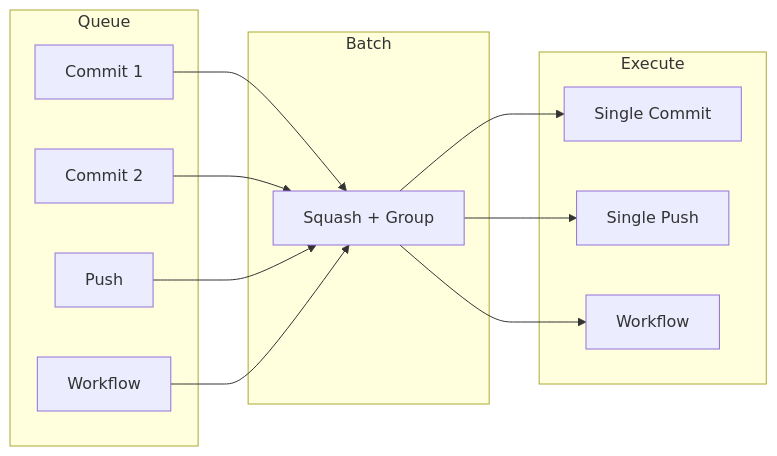
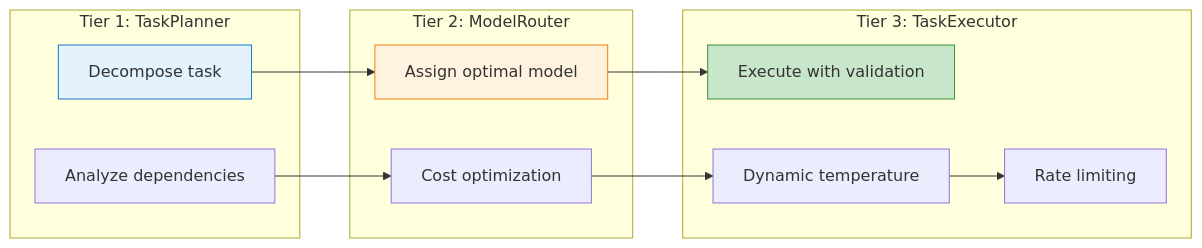
The third of 3 diagrams in docs/architecture/SYSTEM_ANALYSIS.md (DammianMiller/universal-agent-protocol), drawn with Mermaid before and after one commit. The commit also changed other lines of this file and 112 other files, not shown here.

````diff
--- a/docs/architecture/SYSTEM_ANALYSIS.md
+++ b/docs/architecture/SYSTEM_ANALYSIS.md
@@ -821,28 +166,28 @@
 ```mermaid
 flowchart LR
-    subgraph "Queue"
-        Q1[Commit 1]
-        Q2[Commit 2]
-        Q3[Push]
-        Q4[Workflow]
+    subgraph "Tier 1: TaskPlanner"
+        P1[Decompose task]
+        P2[Analyze dependencies]
     end
 
-    subgraph "Batch"
-        B[Squash + Group]
+    subgraph "Tier 2: ModelRouter"
+        R1[Assign optimal model]
+        R2[Cost optimization]
     end
 
-    subgraph "Execute"
-        E1[Single Commit]
-        E2[Single Push]
-        E3[Workflow]
+    subgraph "Tier 3: TaskExecutor"
+        E1[Execute with validation]
+        E2[Dynamic temperature]
+        E3[Rate limiting]
     end
 
-    Q1 --> B
-    Q2 --> B
-    Q3 --> B
-    Q4 --> B
+    P1 --> R1
+    P2 --> R2
+    R1 --> E1
+    R2 --> E2
+    E2 --> E3
 
-    B --> E1
-    B --> E2
-    B --> E3
+    style P1 fill:#e3f2fd,stroke:#1976d2
+    style R1 fill:#fff3e0,stroke:#f57c00
+    style E1 fill:#c8e6c9,stroke:#388e3c
 ```
````
